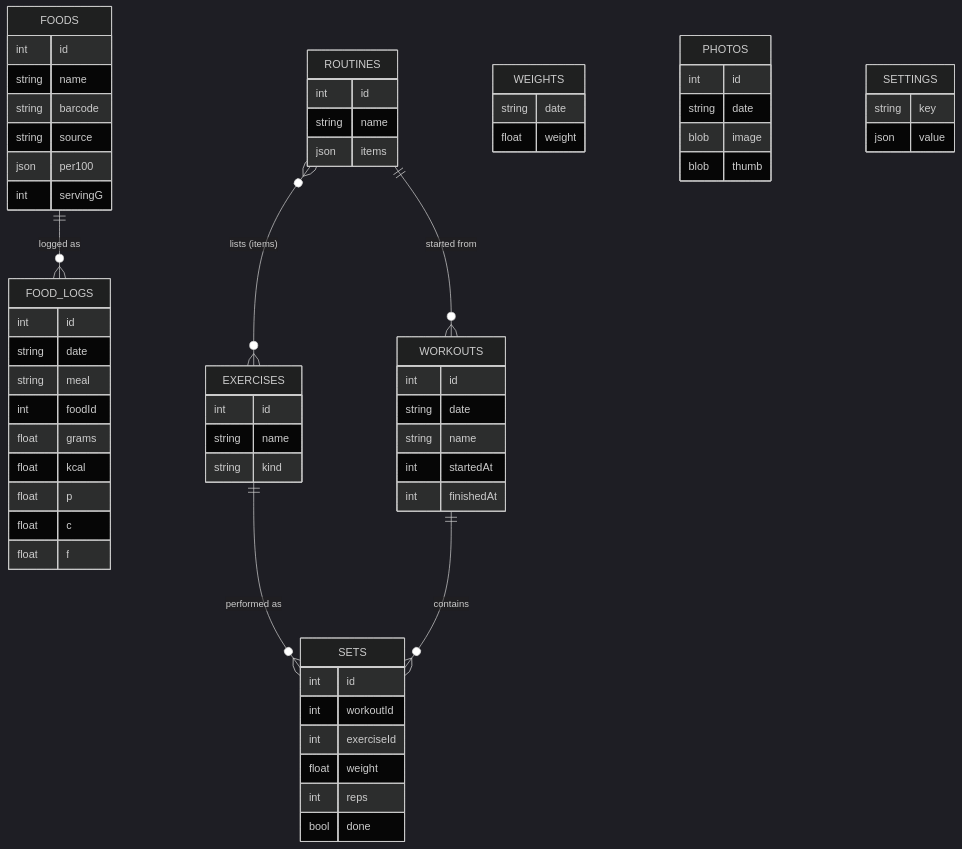
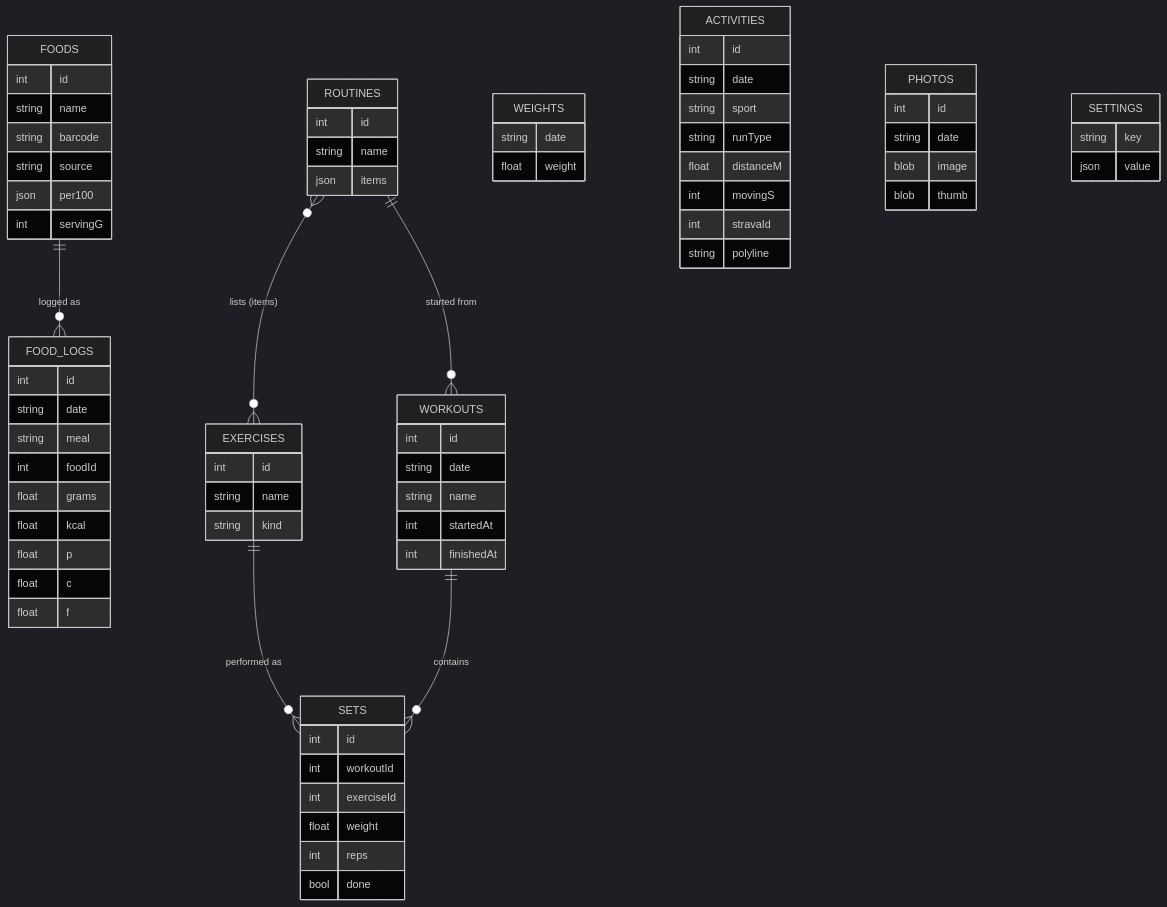
The fourth of 4 diagrams in ARCHITECTURE.md (aidenfisherb/MoveMent), drawn with Mermaid (dark theme) before and after one commit. The commit also changed other lines of this file and 19 other files, not shown here.

First line of the commit message:
Add run logging and Strava sync

````diff
--- a/ARCHITECTURE.md
+++ b/ARCHITECTURE.md
@@ -92,66 +93,76 @@
 ```mermaid
 erDiagram
   FOODS ||--o{ FOOD_LOGS : "logged as"
   EXERCISES ||--o{ SETS : "performed as"
   WORKOUTS ||--o{ SETS : contains
   ROUTINES }o--o{ EXERCISES : "lists (items)"
   ROUTINES ||--o{ WORKOUTS : "started from"
   FOODS {
     int id
     string name
     string barcode
     string source
     json per100
     int servingG
   }
   FOOD_LOGS {
     int id
     string date
     string meal
     int foodId
     float grams
     float kcal
     float p
     float c
     float f
   }
   EXERCISES {
     int id
     string name
     string kind
   }
   ROUTINES {
     int id
     string name
     json items
   }
   WORKOUTS {
     int id
     string date
     string name
     int startedAt
     int finishedAt
   }
   SETS {
     int id
     int workoutId
     int exerciseId
     float weight
     int reps
     bool done
   }
   WEIGHTS {
     string date
     float weight
   }
+  ACTIVITIES {
+    int id
+    string date
+    string sport
+    string runType
+    float distanceM
+    int movingS
+    int stravaId
+    string polyline
+  }
   PHOTOS {
     int id
     string date
     blob image
     blob thumb
   }
   SETTINGS {
     string key
     json value
   }
 ```
````
